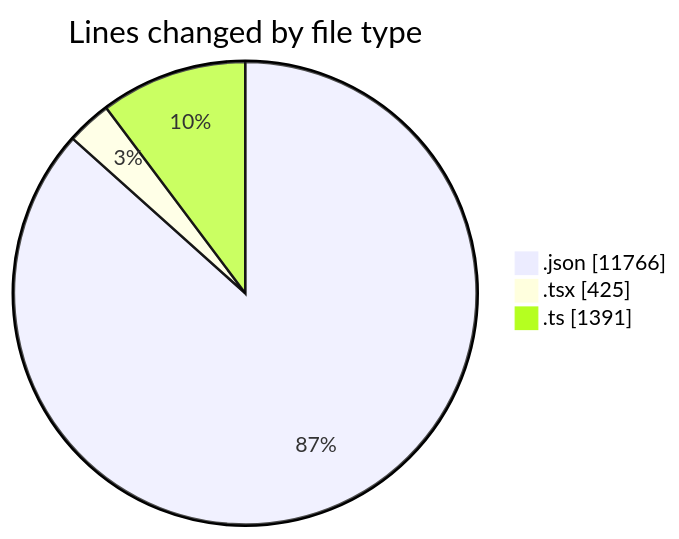
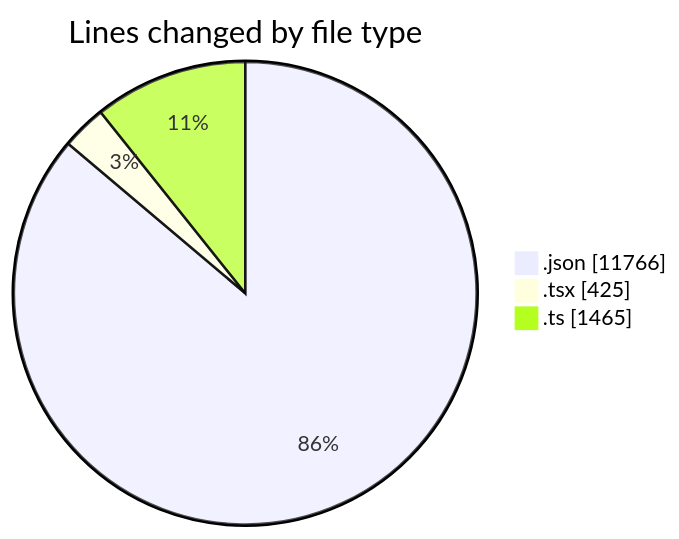
The first of 2 diagrams in 2026-04-16/airfeed-analytics-dashboard/README.md (nxtqubesakshisongat/code-tracking), drawn with Mermaid before and after one commit. The commit also changed other lines of this file and 1 other file, not shown here.

````diff
--- a/2026-04-16/airfeed-analytics-dashboard/README.md
+++ b/2026-04-16/airfeed-analytics-dashboard/README.md
@@ -26,7 +27,7 @@
 ```mermaid
 pie showData
 title Lines changed by file type
 ".json" : 11766
 ".tsx" : 425
-".ts" : 1391
+".ts" : 1465
 ```
````
